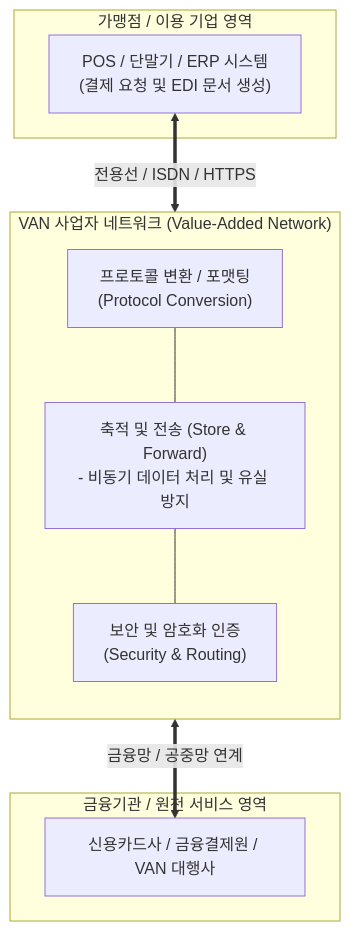
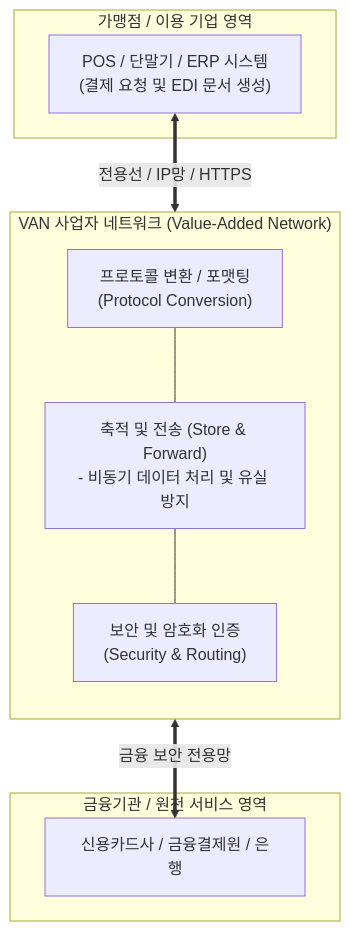
The diagram in content/01_IT Tech/VAN.md (supremethumb/supremethumb.github.io), drawn with Mermaid before and after one commit. The commit also changed other lines of this file and 362 other files, not shown here.

````diff
--- a/content/01_IT Tech/VAN.md
+++ b/content/01_IT Tech/VAN.md
@@ -23,23 +31,22 @@
 ```mermaid
 flowchart TB
     subgraph Client["가맹점 / 이용 기업 영역"]
         POS["POS / 단말기 / ERP 시스템<br/>(결제 요청 및 EDI 문서 생성)"]
     end
 
     subgraph VanNet["VAN 사업자 네트워크 (Value-Added Network)"]
         direction TB
         PF["프로토콜 변환 / 포맷팅<br/>(Protocol Conversion)"]
         SF["축적 및 전송 (Store & Forward)<br/>- 비동기 데이터 처리 및 유실 방지"]
         SEC["보안 및 암호화 인증<br/>(Security & Routing)"]
         
         PF --- SF --- SEC
     end
 
     subgraph Issuer["금융기관 / 원천 서비스 영역"]
-        PG["신용카드사 / 금융결제원 / VAN 대행사"]
+        PG["신용카드사 / 금융결제원 / 은행"]
     end
 
-    POS <== "전용선 / ISDN / HTTPS" ==> PF
-    SEC <== "금융망 / 공중망 연계" ==> PG
-
+    POS <== "전용선 / IP망 / HTTPS" ==> PF
+    SEC <== "금융 보안 전용망" ==> PG
 ```
````
